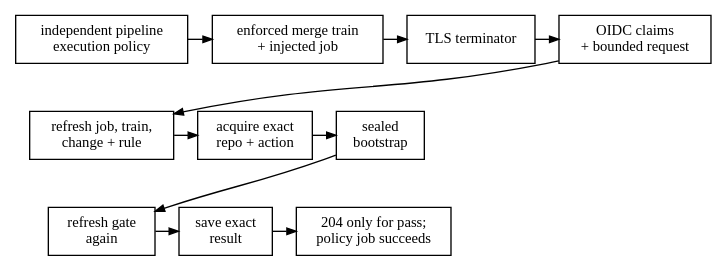
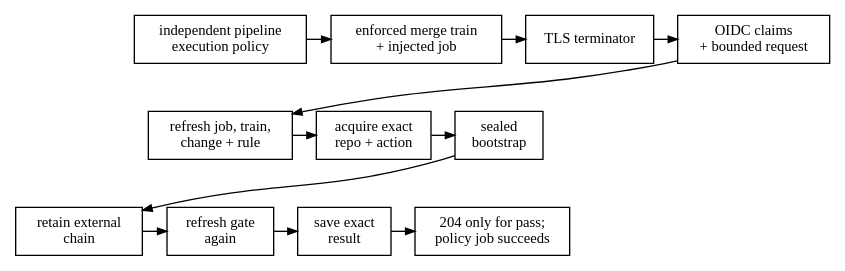
One commit to HardMax71/amiss changed the diagram in docs/src/provider-gitlab.md. Above: the diagram before and after it, drawn with Graphviz. The commit also changed other lines of this file and 26 other files, not shown here.

````diff
--- a/docs/src/provider-gitlab.md
+++ b/docs/src/provider-gitlab.md
@@ -33,27 +33,28 @@
 ```dot process
 digraph gitlab_provider {
   rankdir = TB;
   node [shape = box, fontname = "Latin Modern, Georgia, serif", fontsize = 11];
   edge [arrowsize = 0.7, fontname = "Latin Modern, Georgia, serif", fontsize = 10];
   policy [label = "independent pipeline\nexecution policy"];
   train  [label = "enforced merge train\n+ injected job"];
   tls    [label = "TLS terminator"];
   oidc   [label = "OIDC claims\n+ bounded request"];
   first  [label = "refresh job, train,\nchange + rule"];
   fetch  [label = "acquire exact\nrepo + action"];
   boot   [label = "sealed\nbootstrap"];
+  assess [label = "retain external\nchain"];
   final  [label = "refresh gate\nagain"];
   save   [label = "save exact\nresult"];
   result [label = "204 only for pass;\npolicy job succeeds"];
   { rank = same; policy; train; tls; oidc; }
   { rank = same; first; fetch; boot; }
-  { rank = same; final; save; result; }
+  { rank = same; assess; final; save; result; }
   policy -> train -> tls -> oidc;
   first -> fetch -> boot;
-  final -> save -> result;
+  assess -> final -> save -> result;
   oidc -> first [constraint = false];
-  boot -> final [constraint = false];
+  boot -> assess [constraint = false];
   policy -> first -> final [style = invis];
 
 }
 ```
````
